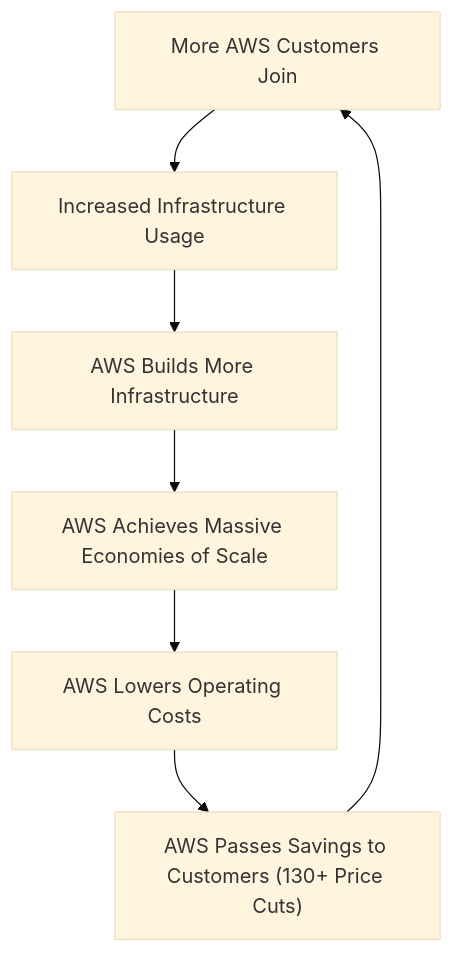
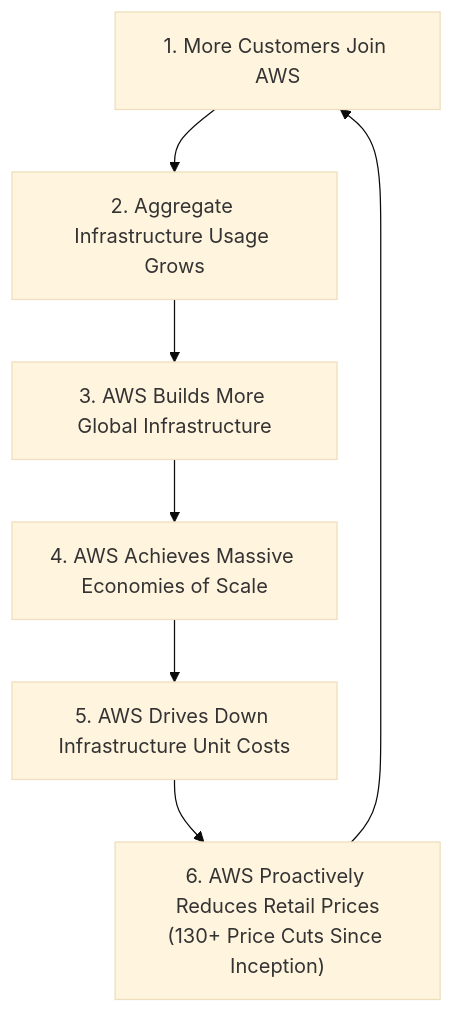
The second of 3 diagrams in Cloud/Practitioner/CLF-C02/06_Explanations/01_Cloud_Concepts/Cloud_Economics_and_TCO.md (fakhruldeen/AWS), drawn with Mermaid (base theme) before and after one commit. The commit also changed other lines of this file and 18 other files, not shown here.

````diff
--- a/Cloud/Practitioner/CLF-C02/06_Explanations/01_Cloud_Concepts/Cloud_Economics_and_TCO.md
+++ b/Cloud/Practitioner/CLF-C02/06_Explanations/01_Cloud_Concepts/Cloud_Economics_and_TCO.md
@@ -49,9 +67,9 @@
 ```mermaid
 flowchart TD
-    Customers["More AWS Customers Join"] --> Usage["Increased Infrastructure Usage"]
-    Usage --> Infrastructure["AWS Builds More Infrastructure"]
-    Infrastructure --> Economies["AWS Achieves Massive Economies of Scale"]
-    Economies --> LowerCost["AWS Lowers Operating Costs"]
-    LowerCost --> PriceCuts["AWS Passes Savings to Customers (130+ Price Cuts)"]
+    Customers["1. More Customers Join AWS"] --> Usage["2. Aggregate Infrastructure Usage Grows"]
+    Usage --> Infrastructure["3. AWS Builds More Global Infrastructure"]
+    Infrastructure --> Economies["4. AWS Achieves Massive Economies of Scale"]
+    Economies --> LowerCost["5. AWS Drives Down Infrastructure Unit Costs"]
+    LowerCost --> PriceCuts["6. AWS Proactively Reduces Retail Prices<br/>(130+ Price Cuts Since Inception)"]
     PriceCuts --> Customers
 ```
````
